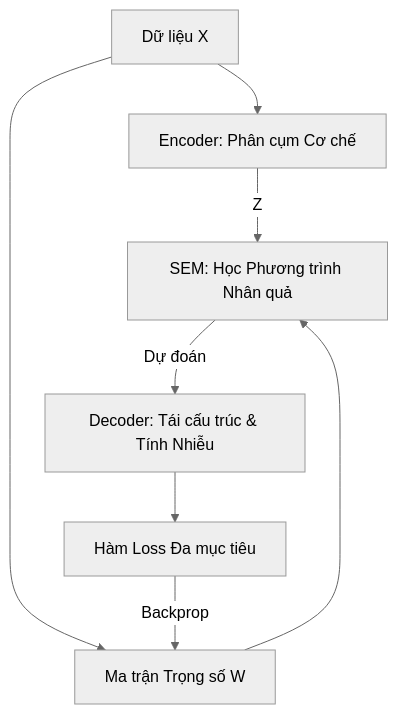
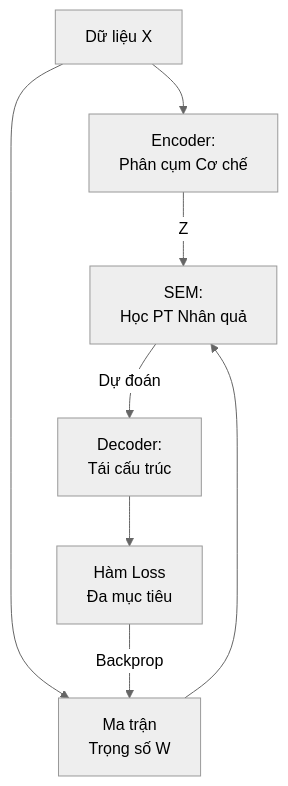
One commit to manhthai1706/DeepANM changed the second of 5 diagrams in docx/Chuong3_MoHinhDeepANM.md. Above: the diagram before and after it, drawn with Mermaid (neutral theme). The commit also changed other lines of this file, not shown here.

Commit message:
docs: optimize all mermaid diagrams for vertical stacking with line breaks

````diff
--- a/docx/Chuong3_MoHinhDeepANM.md
+++ b/docx/Chuong3_MoHinhDeepANM.md
@@ -97,10 +97,10 @@
 ```mermaid
 graph TD
-    Input[Dữ liệu X] --> Encoder[Encoder: Phân cụm Cơ chế]
-    Input --> Mask[Ma trận Trọng số W]
-    Mask --> SEM[SEM: Học Phương trình Nhân quả]
+    Input["Dữ liệu X"] --> Encoder["Encoder:<br/>Phân cụm Cơ chế"]
+    Input --> Mask["Ma trận<br/>Trọng số W"]
+    Mask --> SEM["SEM:<br/>Học PT Nhân quả"]
     Encoder -->|Z| SEM
-    SEM -->|Dự đoán| Decoder[Decoder: Tái cấu trúc & Tính Nhiễu]
-    Decoder --> Output[Hàm Loss Đa mục tiêu]
+    SEM -->|"Dự đoán"| Decoder["Decoder:<br/>Tái cấu trúc"]
+    Decoder --> Output["Hàm Loss<br/>Đa mục tiêu"]
     Output -->|Backprop| Mask
 ```
````
